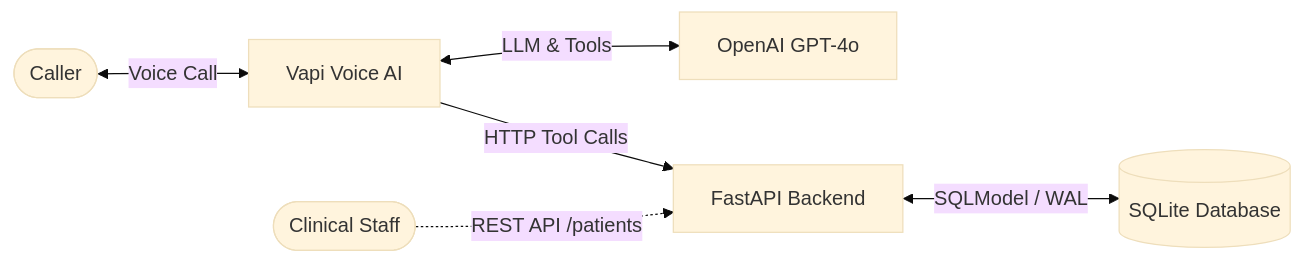
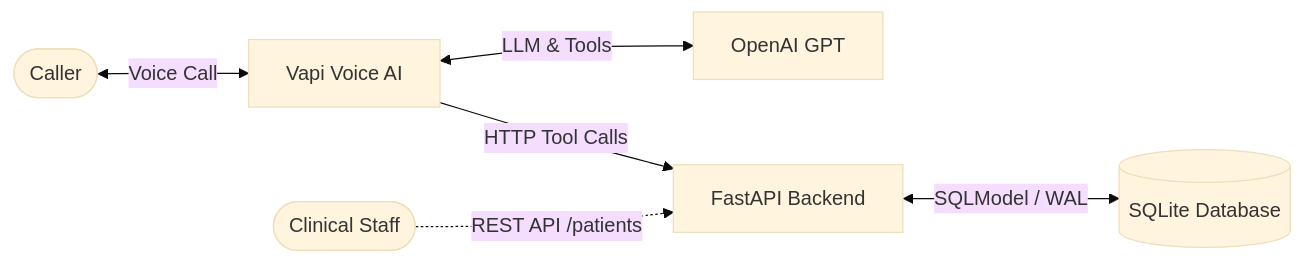
Before and after one commit to muhammadsaeed05/voice-patient-registration-agent: the first of 2 diagrams in README.md, drawn with Mermaid (base theme). The commit also changed other lines of this file and 1 other file, not shown here.

First line of the commit message:
Refresh Vapi stack docs

````diff
--- a/README.md
+++ b/README.md
@@ -39,8 +39,8 @@
 ```mermaid
 flowchart LR
     Caller([Caller]) <-->|Voice Call| Vapi[Vapi Voice AI]
-    Vapi <-->|LLM & Tools| OpenAI[OpenAI GPT-4o]
+    Vapi <-->|LLM & Tools| OpenAI[OpenAI GPT]
     Vapi -->|HTTP Tool Calls| FastAPI[FastAPI Backend]
     FastAPI <-->|SQLModel / WAL| SQLite[(SQLite Database)]
     Staff([Clinical Staff]) -.->|REST API /patients| FastAPI
 ```
````
